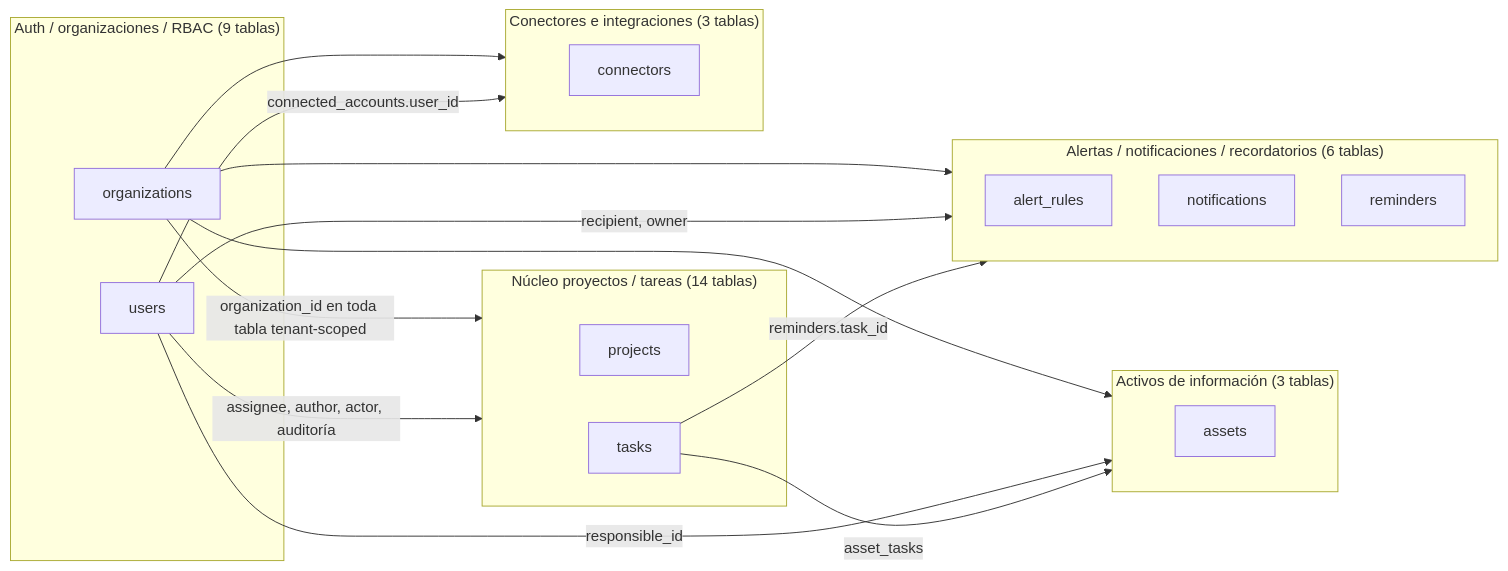
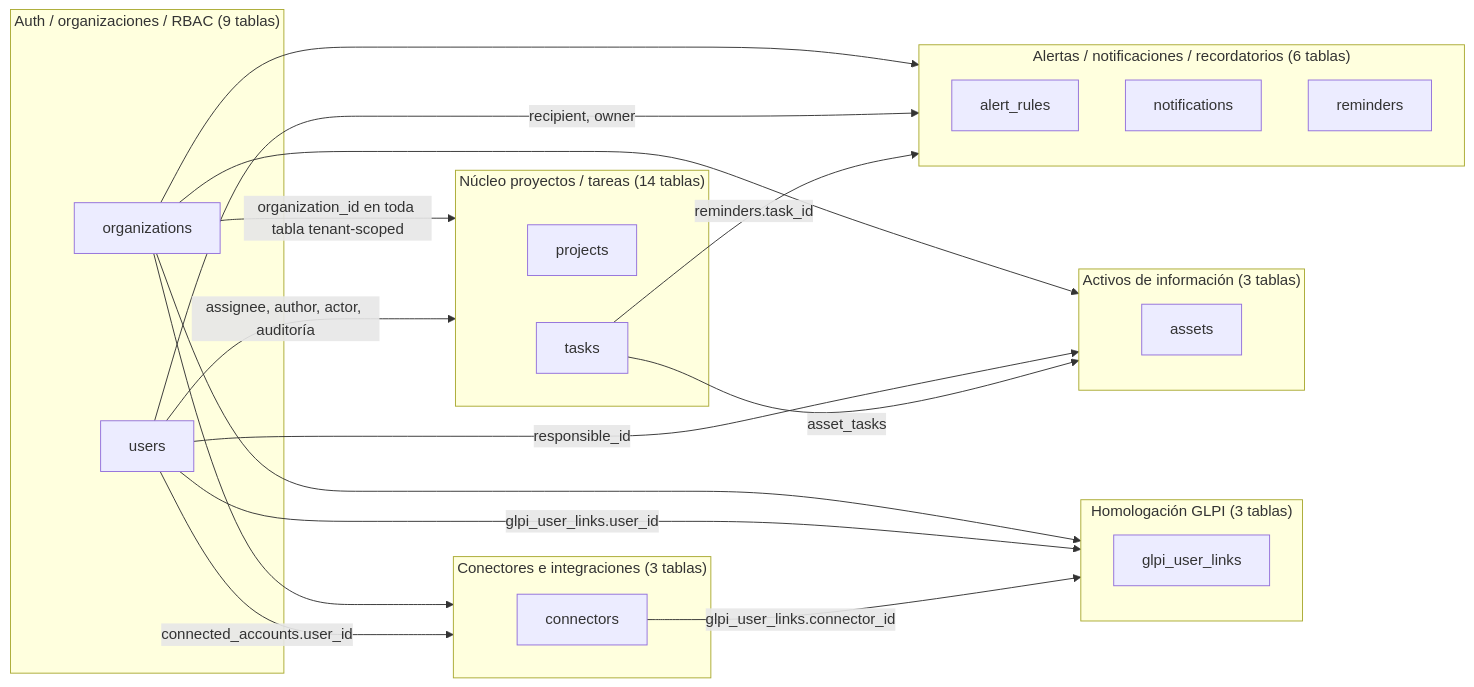
One commit to solercia-solutions/solercia-command changed the first of 7 diagrams in docs/diagrams/er-model.md. Above: the diagram before and after it, drawn with Mermaid. The commit also changed other lines of this file and 9 other files, not shown here.

````diff
--- a/docs/diagrams/er-model.md
+++ b/docs/diagrams/er-model.md
@@ -53,37 +53,44 @@
 ```mermaid
 flowchart LR
     subgraph AUTH["Auth / organizaciones / RBAC (9 tablas)"]
         organizations
         users
     end
 
     subgraph CORE["Núcleo proyectos / tareas (14 tablas)"]
         projects
         tasks
     end
 
     subgraph ALERTS["Alertas / notificaciones / recordatorios (6 tablas)"]
         alert_rules
         notifications
         reminders
     end
 
     subgraph ASSETS["Activos de información (3 tablas)"]
         assets
     end
 
     subgraph INTEGRATIONS["Conectores e integraciones (3 tablas)"]
         connectors
     end
 
+    subgraph GLPISYNC["Homologación GLPI (3 tablas)"]
+        glpi_user_links
+    end
+
     organizations -->|"organization_id en toda tabla tenant-scoped"| CORE
     organizations --> ALERTS
     organizations --> ASSETS
     organizations --> INTEGRATIONS
+    organizations --> GLPISYNC
     users -->|"assignee, author, actor, auditoría"| CORE
     users -->|"recipient, owner"| ALERTS
     users -->|"responsible_id"| ASSETS
     users -->|"connected_accounts.user_id"| INTEGRATIONS
+    users -->|"glpi_user_links.user_id"| GLPISYNC
     tasks -->|"reminders.task_id"| ALERTS
     tasks -->|"asset_tasks"| ASSETS
+    connectors -->|"glpi_user_links.connector_id"| GLPISYNC
 ```
````
